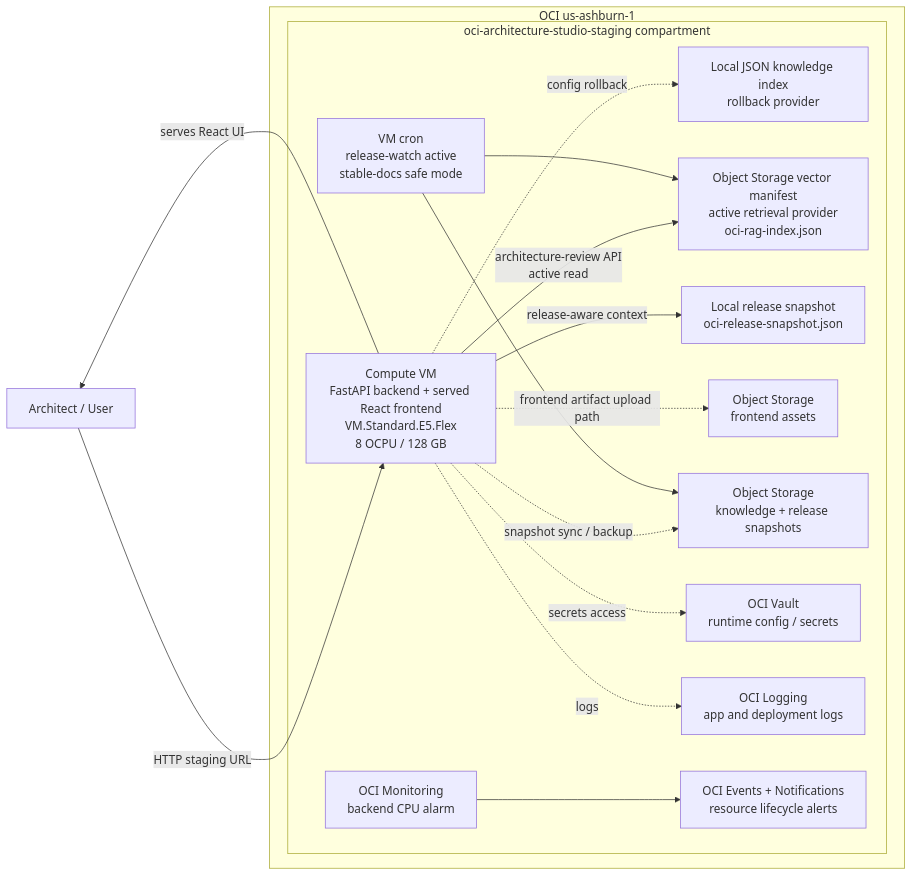
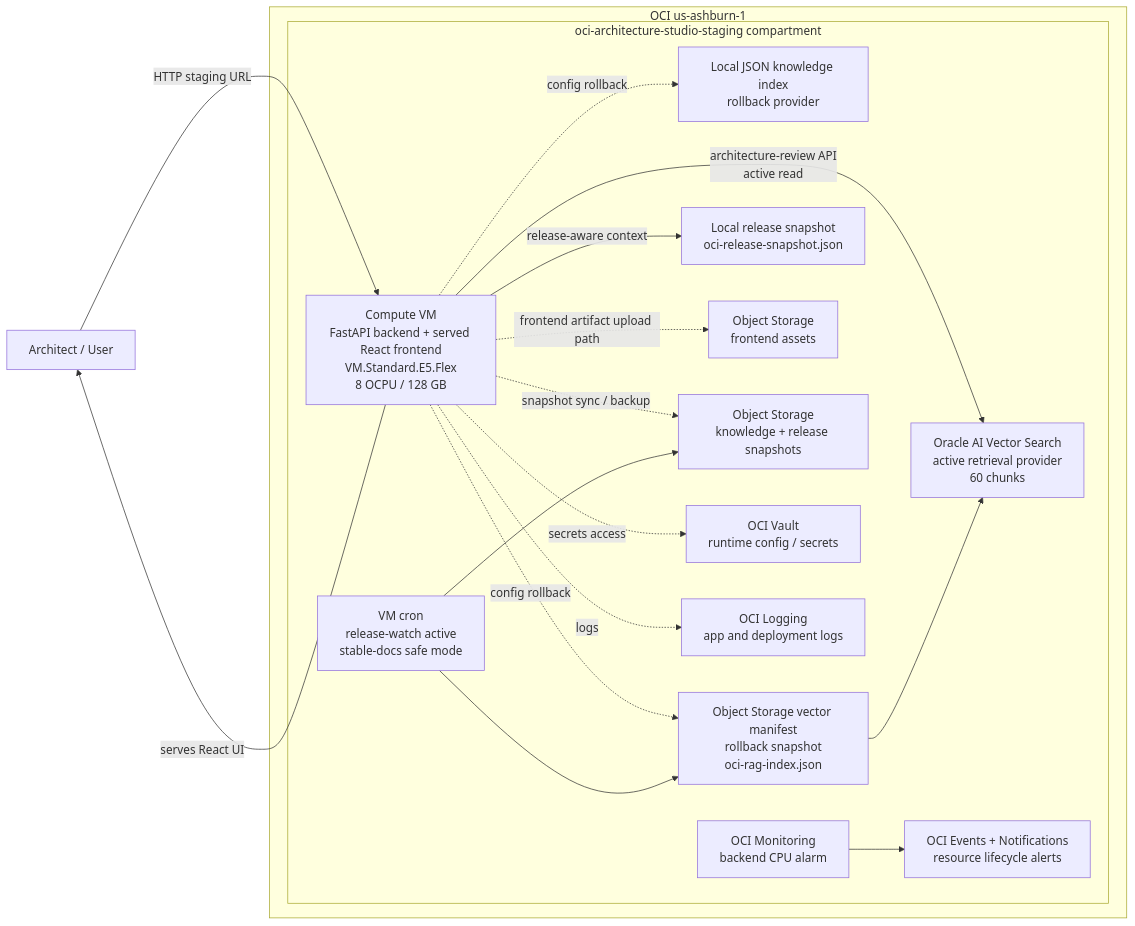
The first of 6 diagrams in docs/architecture/architecture-diagrams.md (BfShaik/OCI-Architecture-Studio), drawn with Mermaid before and after one commit. The commit also changed other lines of this file and 21 other files, not shown here.

````diff
--- a/docs/architecture/architecture-diagrams.md
+++ b/docs/architecture/architecture-diagrams.md
@@ -11,33 +11,36 @@
 ```mermaid
 flowchart LR
   User["Architect / User"]
 
   subgraph OCI["OCI us-ashburn-1"]
     subgraph Compartment["oci-architecture-studio-staging compartment"]
       VM["Compute VM\nFastAPI backend + served React frontend\nVM.Standard.E5.Flex\n8 OCPU / 128 GB"]
       LocalIndex["Local JSON knowledge index\nrollback provider"]
-      ObjectIndex["Object Storage vector manifest\nactive retrieval provider\noci-rag-index.json"]
+      ObjectIndex["Object Storage vector manifest\nrollback snapshot\noci-rag-index.json"]
+      VectorIndex["Oracle AI Vector Search\nactive retrieval provider\n60 chunks"]
       ReleaseSnap["Local release snapshot\noci-release-snapshot.json"]
       FrontendBucket["Object Storage\nfrontend assets"]
       SnapshotBucket["Object Storage\nknowledge + release snapshots"]
       Vault["OCI Vault\nruntime config / secrets"]
       Logs["OCI Logging\napp and deployment logs"]
       Monitoring["OCI Monitoring\nbackend CPU alarm"]
       Events["OCI Events + Notifications\nresource lifecycle alerts"]
       Cron["VM cron\nrelease-watch active\nstable-docs safe mode"]
     end
   end
 
   User -->|"HTTP staging URL"| VM
   VM -->|"serves React UI"| User
-  VM -->|"architecture-review API\nactive read"| ObjectIndex
+  VM -->|"architecture-review API\nactive read"| VectorIndex
+  VM -. "config rollback" .-> ObjectIndex
   VM -. "config rollback" .-> LocalIndex
   VM -->|"release-aware context"| ReleaseSnap
   VM -. "snapshot sync / backup" .-> SnapshotBucket
   VM -. "frontend artifact upload path" .-> FrontendBucket
   VM -. "secrets access" .-> Vault
   VM -. "logs" .-> Logs
   Monitoring --> Events
   Cron --> SnapshotBucket
   Cron --> ObjectIndex
+  ObjectIndex --> VectorIndex
 ```
````
